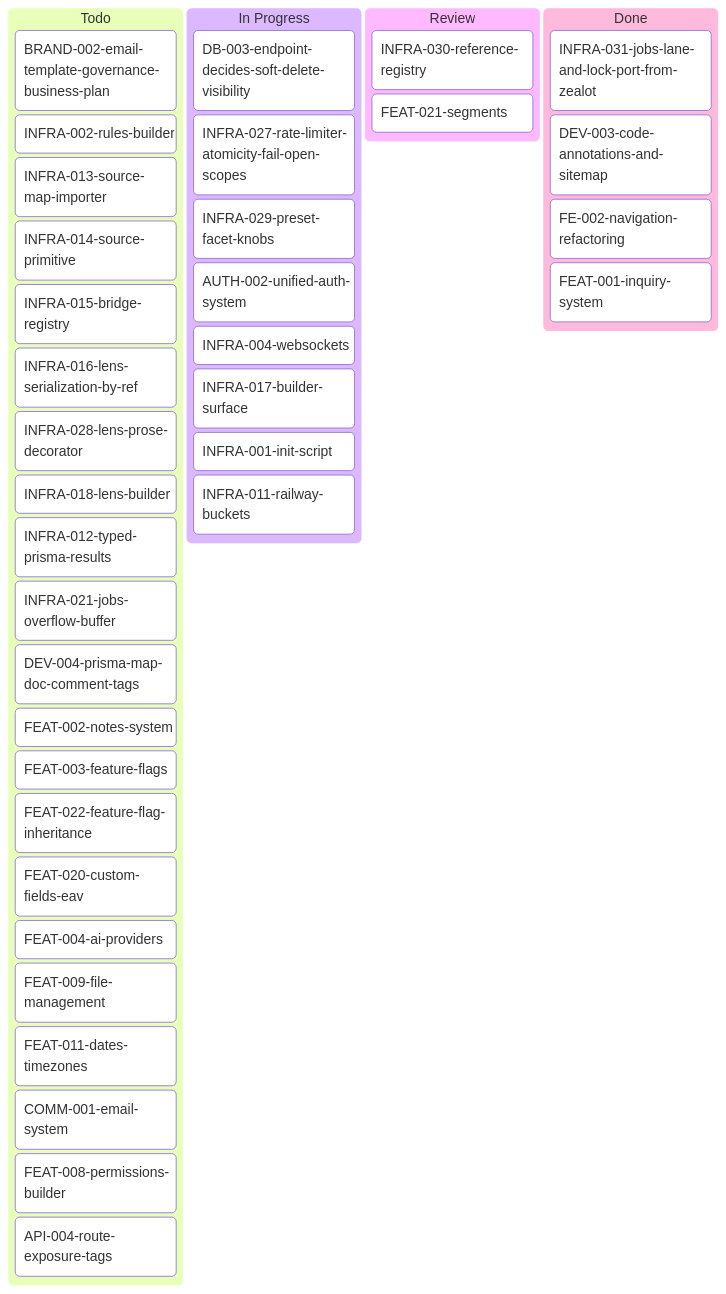
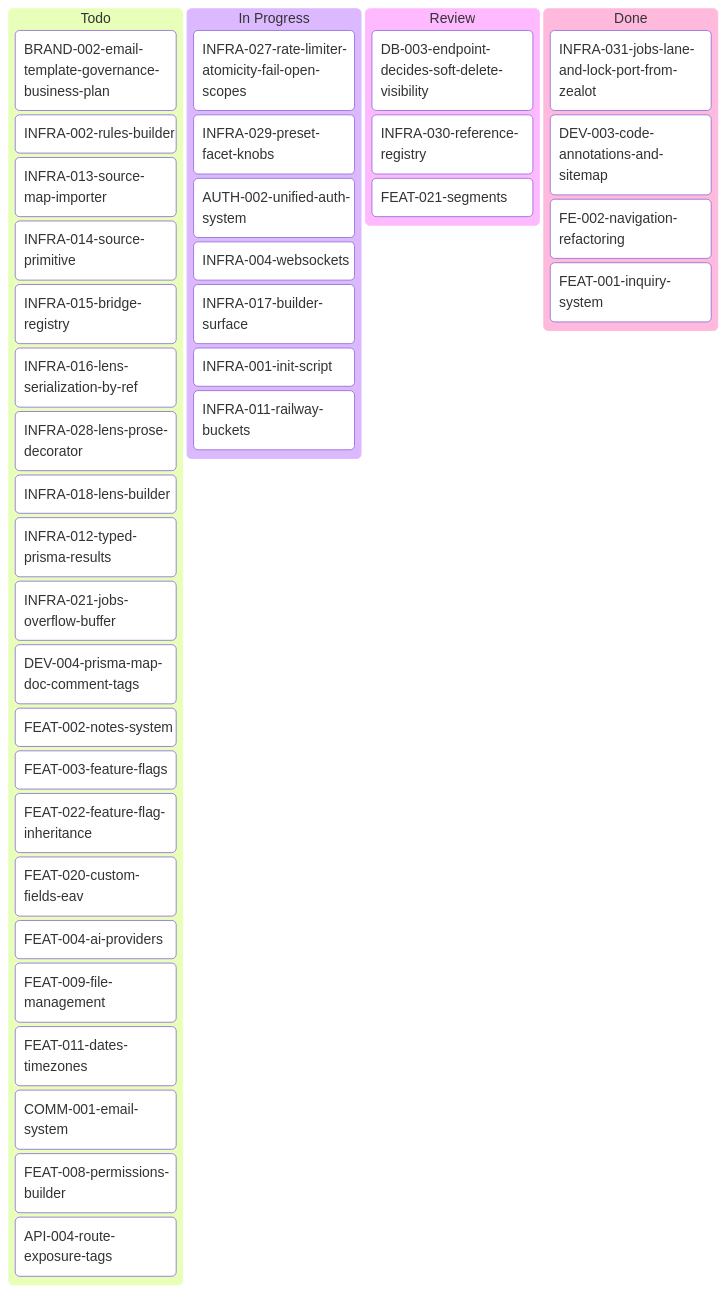
One commit to inixiative/template changed the diagram in tickets/kanban-aron.md. Above: the diagram before and after it, drawn with Mermaid. The commit also changed other lines of this file and 65 other files, not shown here.

First line of the commit message:
DB-003: the endpoint decides soft-delete visibility, not the actor (#172)

````diff
--- a/tickets/kanban-aron.md
+++ b/tickets/kanban-aron.md
@@ -3,47 +3,47 @@
 ```mermaid
 ---
 config:
   kanban:
     ticketBaseUrl: 'https://github.com/yourorg/template/blob/main/tickets/#TICKET#'
 ---
 kanban
   Todo
     BRAND-002-email-template-governance-business-plan
     INFRA-002-rules-builder
     INFRA-013-source-map-importer
     INFRA-014-source-primitive
     INFRA-015-bridge-registry
     INFRA-016-lens-serialization-by-ref
     INFRA-028-lens-prose-decorator
     INFRA-018-lens-builder
     INFRA-012-typed-prisma-results
     INFRA-021-jobs-overflow-buffer
     DEV-004-prisma-map-doc-comment-tags
     FEAT-002-notes-system
     FEAT-003-feature-flags
     FEAT-022-feature-flag-inheritance
     FEAT-020-custom-fields-eav
     FEAT-004-ai-providers
     FEAT-009-file-management
     FEAT-011-dates-timezones
     COMM-001-email-system
     FEAT-008-permissions-builder
     API-004-route-exposure-tags
   In Progress
-    DB-003-endpoint-decides-soft-delete-visibility
     INFRA-027-rate-limiter-atomicity-fail-open-scopes
     INFRA-029-preset-facet-knobs
     AUTH-002-unified-auth-system
     INFRA-004-websockets
     INFRA-017-builder-surface
     INFRA-001-init-script
     INFRA-011-railway-buckets
   Review
+    DB-003-endpoint-decides-soft-delete-visibility
     INFRA-030-reference-registry
     FEAT-021-segments
   Done
     INFRA-031-jobs-lane-and-lock-port-from-zealot
     DEV-003-code-annotations-and-sitemap
     FE-002-navigation-refactoring
     FEAT-001-inquiry-system
 ```
````
